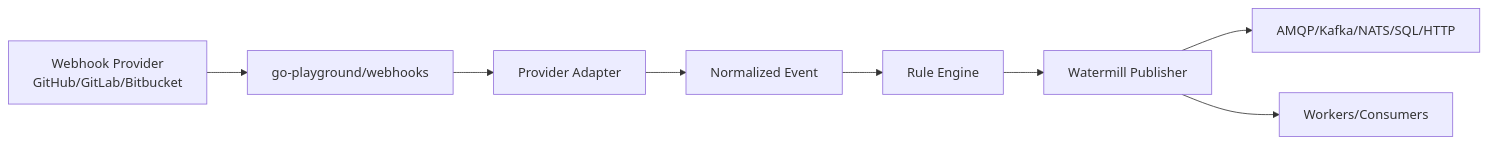
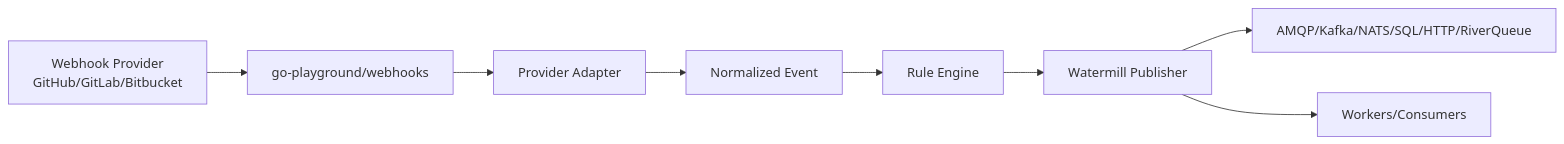
The diagram in README.md (yindia/githook), drawn with Mermaid before and after one commit. The commit also changed other lines of this file, not shown here.

````diff
--- a/README.md
+++ b/README.md
@@ -460,10 +13,10 @@
 ```mermaid
 flowchart LR
   A[Webhook Provider\nGitHub/GitLab/Bitbucket] --> B[go-playground/webhooks]
   B --> C[Provider Adapter]
   C --> D[Normalized Event]
   D --> E[Rule Engine]
   E --> F[Watermill Publisher]
-  F --> G[AMQP/Kafka/NATS/SQL/HTTP]
+  F --> G[AMQP/Kafka/NATS/SQL/HTTP/RiverQueue]
   F --> H[Workers/Consumers]
 ```
````
